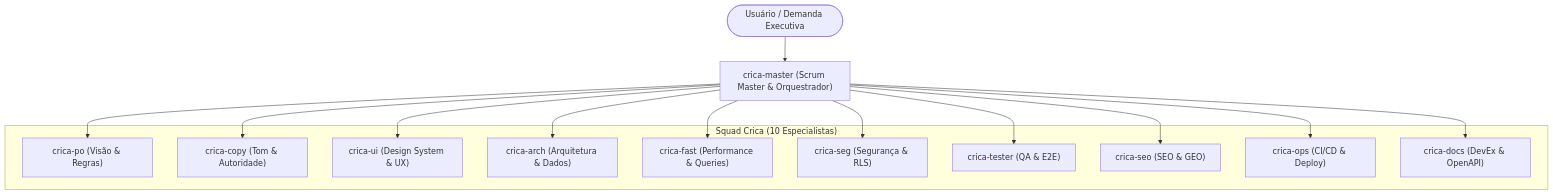
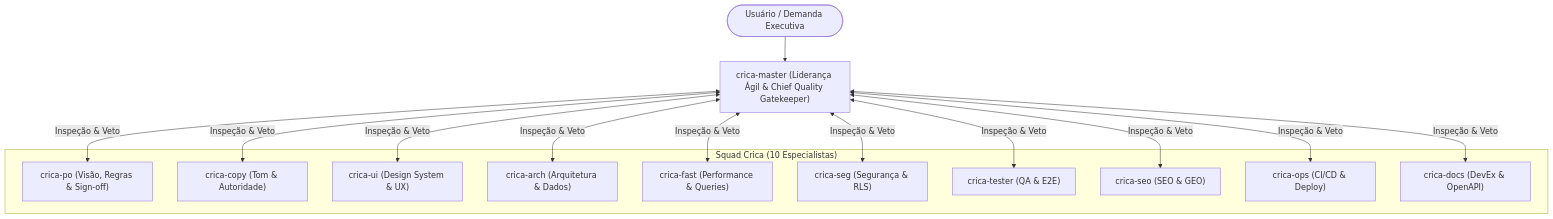
The diagram in crica-master/SKILL.md (rafaeljaragua/Crica-Team), drawn with Mermaid before and after one commit. The commit also changed other lines of this file and 10 other files, not shown here.

Commit message:
feat(governance): recalibrate squad quality gates, anti-slop veto power and 11 global compliance pillars

````diff
--- a/crica-master/SKILL.md
+++ b/crica-master/SKILL.md
@@ -50,30 +61,30 @@
 ```mermaid
 flowchart TD
     USER(["Usuário / Demanda Executiva"])
-    MASTER["crica-master (Scrum Master & Orquestrador)"]
+    MASTER["crica-master (Liderança Ágil & Chief Quality Gatekeeper)"]
 
     subgraph squad["Squad Crica (10 Especialistas)"]
-        PO["crica-po (Visão & Regras)"]
+        PO["crica-po (Visão, Regras & Sign-off)"]
         COPY["crica-copy (Tom & Autoridade)"]
         UI["crica-ui (Design System & UX)"]
         ARCH["crica-arch (Arquitetura & Dados)"]
         FAST["crica-fast (Performance & Queries)"]
         SEG["crica-seg (Segurança & RLS)"]
         TESTER["crica-tester (QA & E2E)"]
         SEO["crica-seo (SEO & GEO)"]
         OPS["crica-ops (CI/CD & Deploy)"]
         DOCS["crica-docs (DevEx & OpenAPI)"]
     end
 
     USER --> MASTER
-    MASTER --> PO
-    MASTER --> COPY
-    MASTER --> UI
-    MASTER --> ARCH
-    MASTER --> FAST
-    MASTER --> SEG
-    MASTER --> TESTER
-    MASTER --> SEO
-    MASTER --> OPS
-    MASTER --> DOCS
+    MASTER <-->|Inspeção & Veto| PO
+    MASTER <-->|Inspeção & Veto| COPY
+    MASTER <-->|Inspeção & Veto| UI
+    MASTER <-->|Inspeção & Veto| ARCH
+    MASTER <-->|Inspeção & Veto| FAST
+    MASTER <-->|Inspeção & Veto| SEG
+    MASTER <-->|Inspeção & Veto| TESTER
+    MASTER <-->|Inspeção & Veto| SEO
+    MASTER <-->|Inspeção & Veto| OPS
+    MASTER <-->|Inspeção & Veto| DOCS
 ```
````
